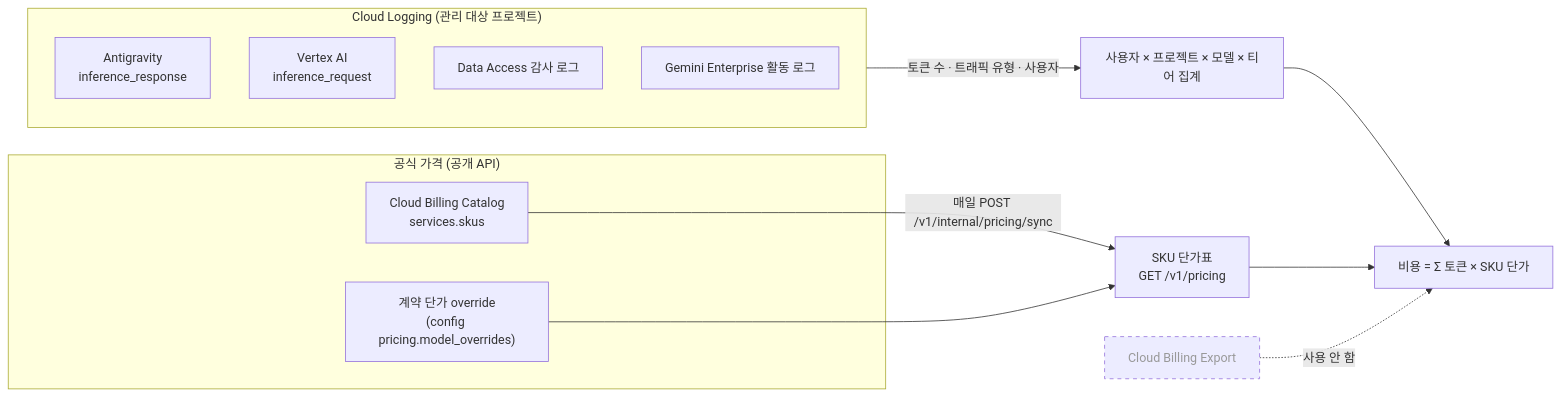
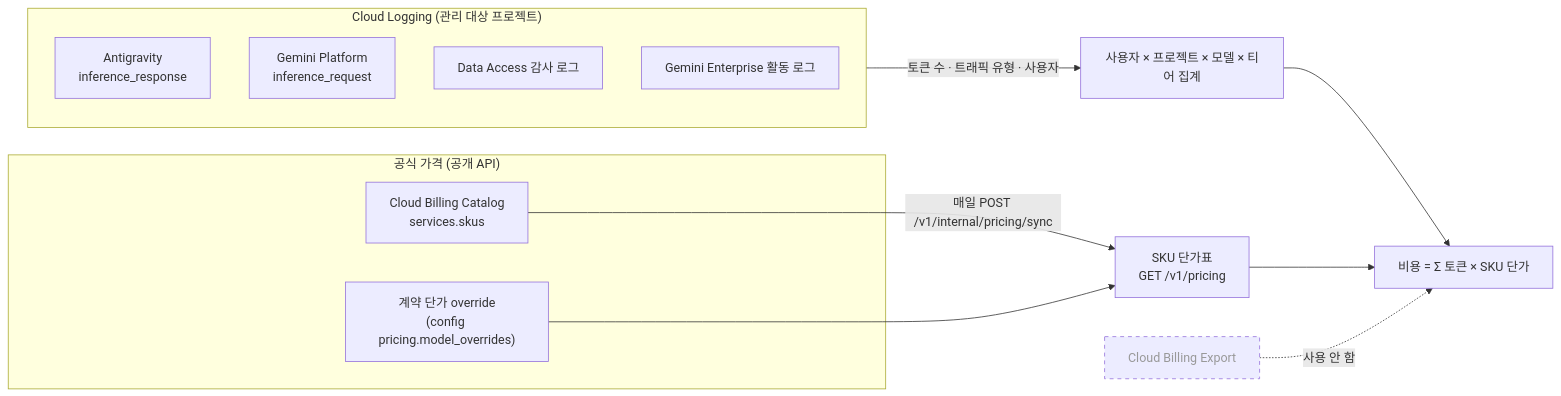
Before and after one commit to ldu1225/gcp-ai-usage-caps-api: the diagram in docs/cost-methodology.md, drawn with Mermaid. The commit also changed other lines of this file and 17 other files, not shown here.

Commit message:
Docs 1.3.0: customer-grade README (ko/en), SVG architecture diagrams, groups, Gemini Platform naming, live E2E guide

````diff
--- a/docs/cost-methodology.md
+++ b/docs/cost-methodology.md
@@ -20,20 +20,20 @@
 ```mermaid
 flowchart LR
     subgraph LOGS["Cloud Logging (관리 대상 프로젝트)"]
         AGY["Antigravity<br/>inference_response"]
-        VXI["Vertex AI<br/>inference_request"]
+        VXI["Gemini Platform<br/>inference_request"]
         AUD["Data Access 감사 로그"]
         GE["Gemini Enterprise 활동 로그"]
     end
     subgraph CAT["공식 가격 (공개 API)"]
         SKU["Cloud Billing Catalog<br/>services.skus"]
         OVR["계약 단가 override<br/>(config pricing.model_overrides)"]
     end
     LOGS -- "토큰 수 · 트래픽 유형 · 사용자" --> AGG["사용자 × 프로젝트 × 모델 × 티어 집계"]
     SKU -- "매일 POST /v1/internal/pricing/sync" --> TBL["SKU 단가표<br/>GET /v1/pricing"]
     OVR --> TBL
     AGG --> COST["비용 = Σ 토큰 × SKU 단가"]
     TBL --> COST
     BX["Cloud Billing Export"]:::off -. "사용 안 함" .-> COST
     classDef off stroke-dasharray: 5 5,color:#999
 ```
````
